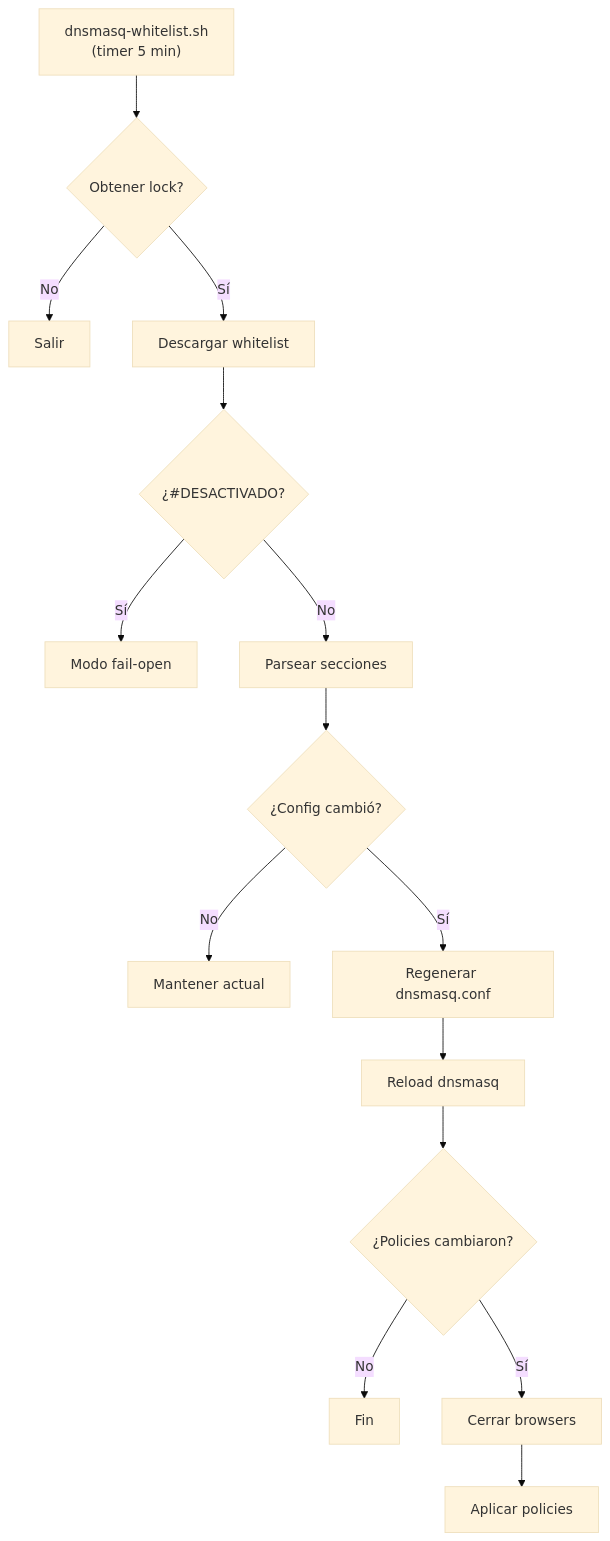
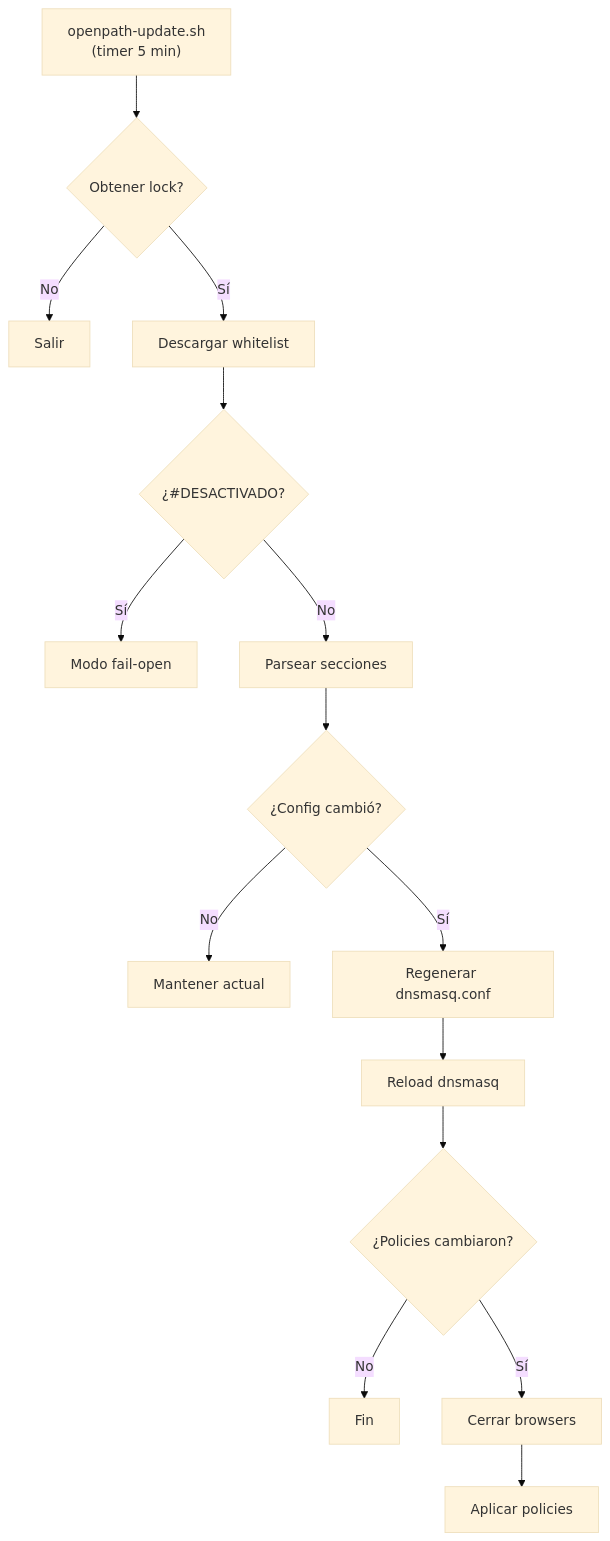
Before and after one commit to balejosg/whitelist: the sixth of 7 diagrams in docs/ADR.md, drawn with Mermaid (base theme). The commit also changed other lines of this file and 4 other files, not shown here.

````diff
--- a/docs/ADR.md
+++ b/docs/ADR.md
@@ -361,17 +361,17 @@
 ```mermaid
 flowchart TD
-    A["dnsmasq-whitelist.sh<br/>(timer 5 min)"] --> B{Obtener lock?}
+    A["openpath-update.sh<br/>(timer 5 min)"] --> B{Obtener lock?}
     B -->|No| Z[Salir]
     B -->|Sí| C[Descargar whitelist]
     C --> D{¿#DESACTIVADO?}
     D -->|Sí| E[Modo fail-open]
     D -->|No| F[Parsear secciones]
     F --> G{¿Config cambió?}
     G -->|No| H[Mantener actual]
     G -->|Sí| I[Regenerar dnsmasq.conf]
     I --> J[Reload dnsmasq]
     J --> K{¿Policies cambiaron?}
     K -->|No| L[Fin]
     K -->|Sí| M[Cerrar browsers]
     M --> N[Aplicar policies]
 ```
````
